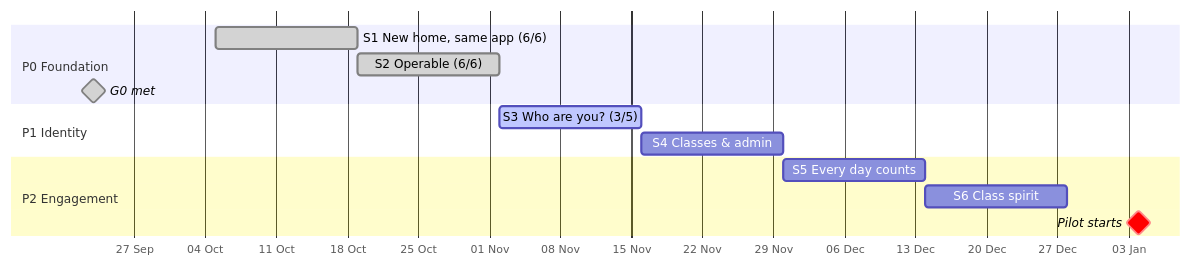
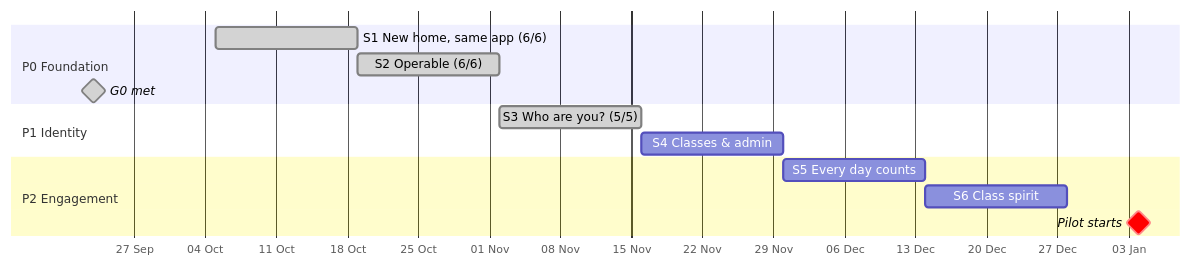
The first of 2 diagrams in docs/plan/sprint-plan.md (Sira-Labs/Suffa), drawn with Mermaid before and after one commit. The commit also changed other lines of this file and 2 other files, not shown here.

````diff
--- a/docs/plan/sprint-plan.md
+++ b/docs/plan/sprint-plan.md
@@ -17,17 +17,17 @@
 ```mermaid
 gantt
   dateFormat YYYY-MM-DD
   axisFormat %d %b
   todayMarker on
   section P0 Foundation
   S1 New home, same app (6/6)        :done, s1, 2026-10-05, 14d
   S2 Operable (6/6)                  :done, s2, after s1, 14d
   G0 met                             :milestone, done, g0, 2026-09-23, 0d
   section P1 Identity
-  S3 Who are you? (3/5)              :active, s3, after s2, 14d
+  S3 Who are you? (5/5)              :done, s3, after s2, 14d
   S4 Classes & admin                 :s4, after s3, 14d
   section P2 Engagement
   S5 Every day counts               :s5, after s4, 14d
   S6 Class spirit                    :s6, after s5, 14d
   Pilot starts                       :milestone, crit, pilot, 2027-01-04, 0d
 ```
````
